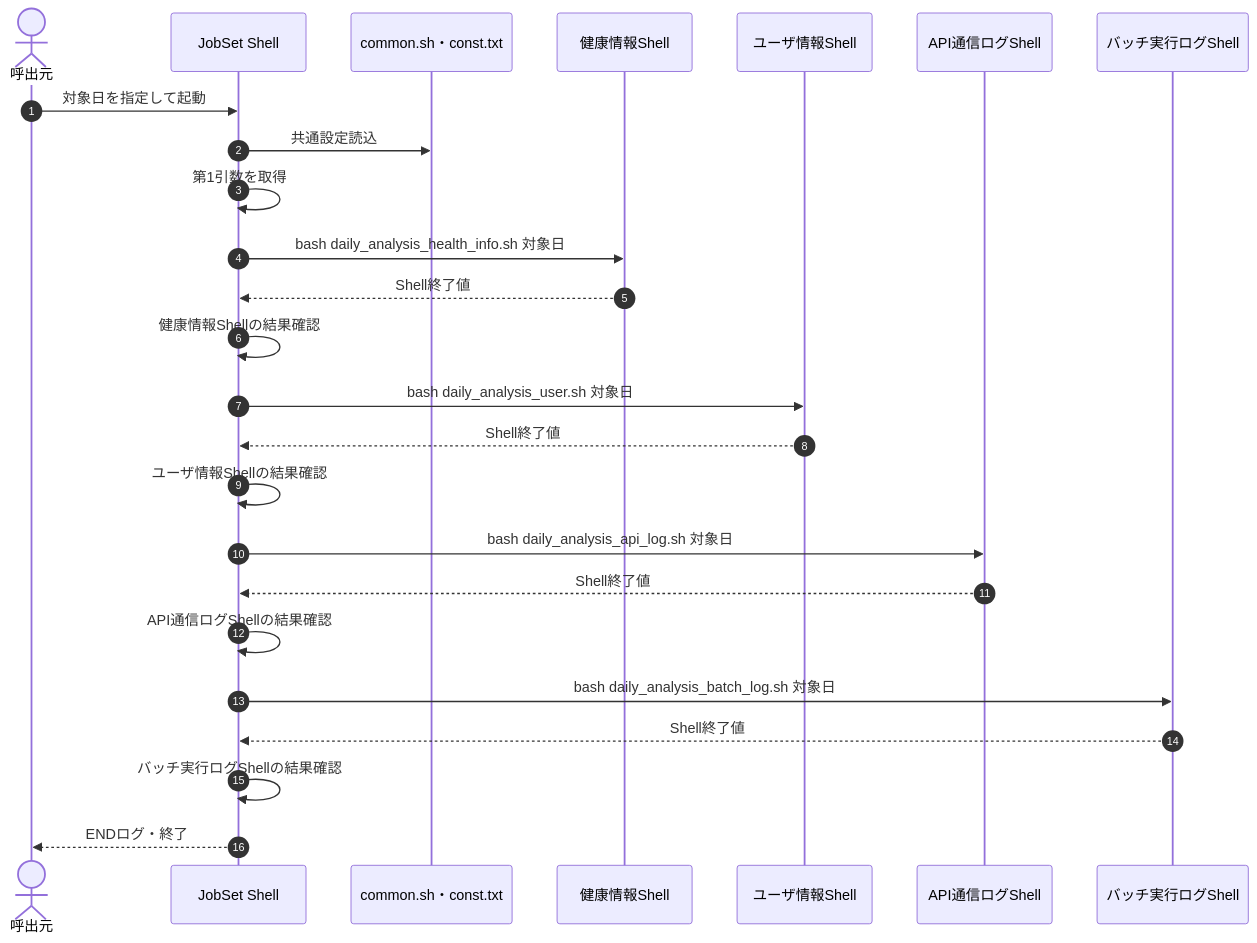
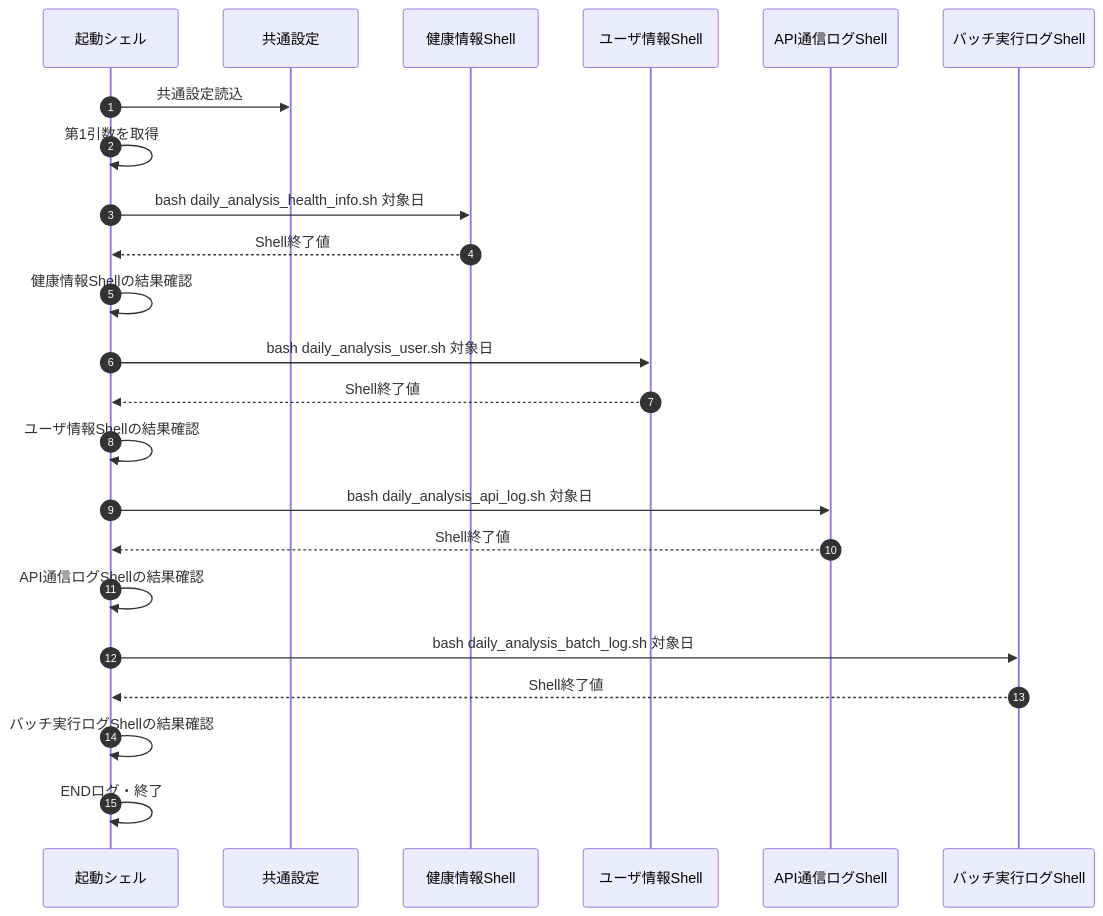
The second of 2 diagrams in ha-docs/design/03_batch/設計書_3.5.日次データ分析連携JobSet.md (kohei-okazaki/work-3g), drawn with Mermaid before and after one commit. The commit also changed other lines of this file and 12 other files, not shown here.

````diff
--- a/ha-docs/design/03_batch/設計書_3.5.日次データ分析連携JobSet.md
+++ b/ha-docs/design/03_batch/設計書_3.5.日次データ分析連携JobSet.md
@@ -115,27 +35,25 @@
 ```mermaid
 sequenceDiagram
     autonumber
-    actor Caller as 呼出元
-    participant JobSet as JobSet Shell
-    participant Common as common.sh・const.txt
+    participant JobSet as 起動シェル
+    participant Common as 共通設定
     participant Health as 健康情報Shell
     participant User as ユーザ情報Shell
     participant API as API通信ログShell
     participant Batch as バッチ実行ログShell
-    Caller->>JobSet: 対象日を指定して起動
     JobSet->>Common: 共通設定読込
     JobSet->>JobSet: 第1引数を取得
     JobSet->>Health: bash daily_analysis_health_info.sh 対象日
     Health-->>JobSet: Shell終了値
     JobSet->>JobSet: 健康情報Shellの結果確認
     JobSet->>User: bash daily_analysis_user.sh 対象日
     User-->>JobSet: Shell終了値
     JobSet->>JobSet: ユーザ情報Shellの結果確認
     JobSet->>API: bash daily_analysis_api_log.sh 対象日
     API-->>JobSet: Shell終了値
     JobSet->>JobSet: API通信ログShellの結果確認
     JobSet->>Batch: bash daily_analysis_batch_log.sh 対象日
     Batch-->>JobSet: Shell終了値
     JobSet->>JobSet: バッチ実行ログShellの結果確認
-    JobSet-->>Caller: ENDログ・終了
+    JobSet->>JobSet: ENDログ・終了
 ```
````
